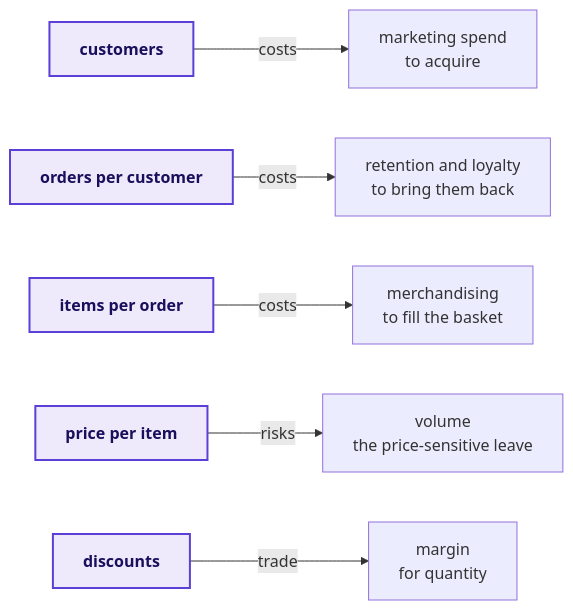
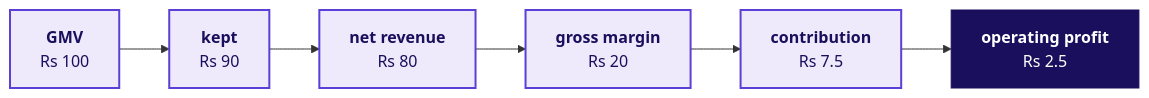
The third of 18 diagrams in content/W01/D1/slides/C2_W01_D01_half1_STUDENT.md (fde-academy-lab/c2-content-factory), drawn with Mermaid before and after one commit. The commit also changed other lines of this file and 10 other files, not shown here.

````diff
--- a/content/W01/D1/slides/C2_W01_D01_half1_STUDENT.md
+++ b/content/W01/D1/slides/C2_W01_D01_half1_STUDENT.md
@@ -113,10 +99,12 @@
 ```mermaid
 flowchart LR
-    C["<b>customers</b>"] -->|"costs"| C1["marketing spend<br/>to acquire"]
-    F["<b>orders per customer</b>"] -->|"costs"| F1["retention and loyalty<br/>to bring them back"]
-    I["<b>items per order</b>"] -->|"costs"| I1["merchandising<br/>to fill the basket"]
-    P["<b>price per item</b>"] -->|"risks"| P1["volume<br/>the price-sensitive leave"]
-    D["<b>discounts</b>"] -->|"trade"| D1["margin<br/>for quantity"]
+    G["<b>GMV</b><br/>Rs 100"] --> K["<b>kept</b><br/>Rs 90"]
+    K --> N["<b>net revenue</b><br/>Rs 80"]
+    N --> M["<b>gross margin</b><br/>Rs 20"]
+    M --> C["<b>contribution</b><br/>Rs 7.5"]
+    C --> O["<b>operating profit</b><br/>Rs 2.5"]
     classDef known fill:#EEEAFB,stroke:#5B3FD6,color:#1A0F5C,stroke-width:2px
-    class C,F,I,P,D known
+    classDef bet fill:#1A0F5C,stroke:#1A0F5C,color:#FFFFFF
+    class G,K,N,M,C known
+    class O bet
 ```
````
